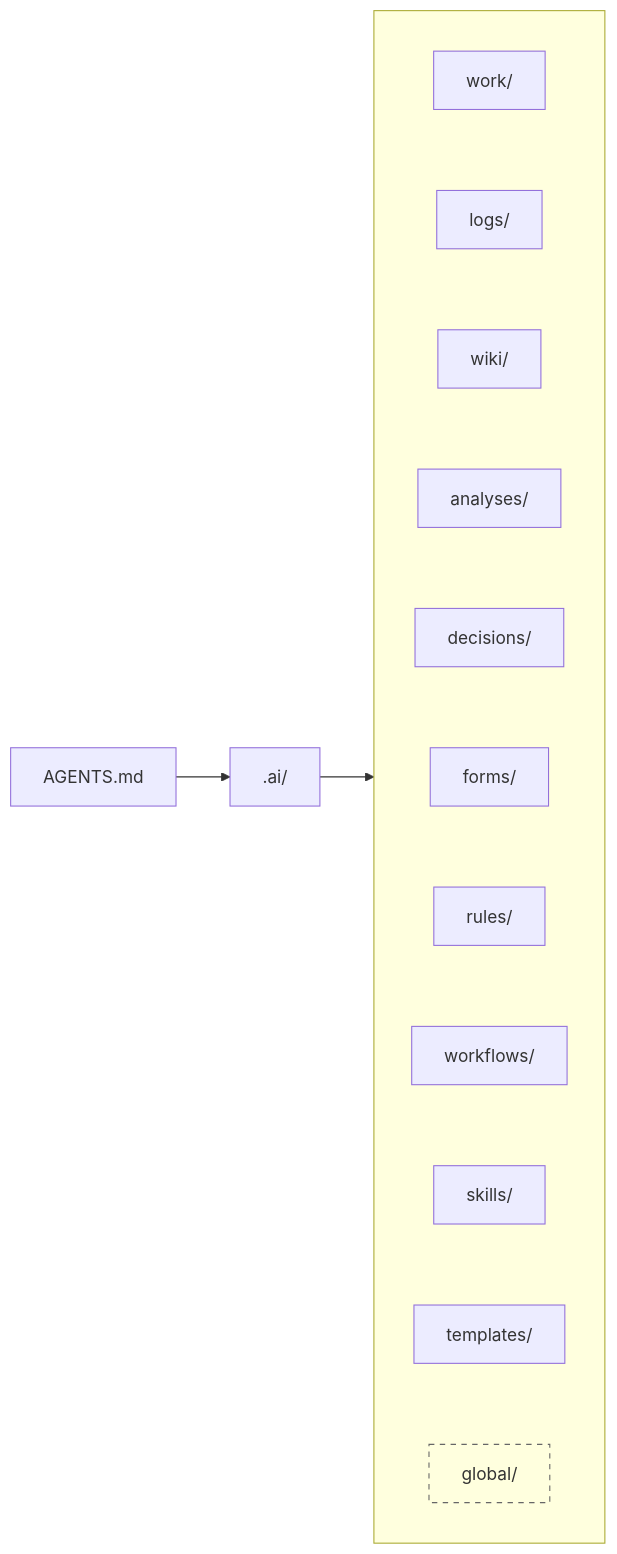
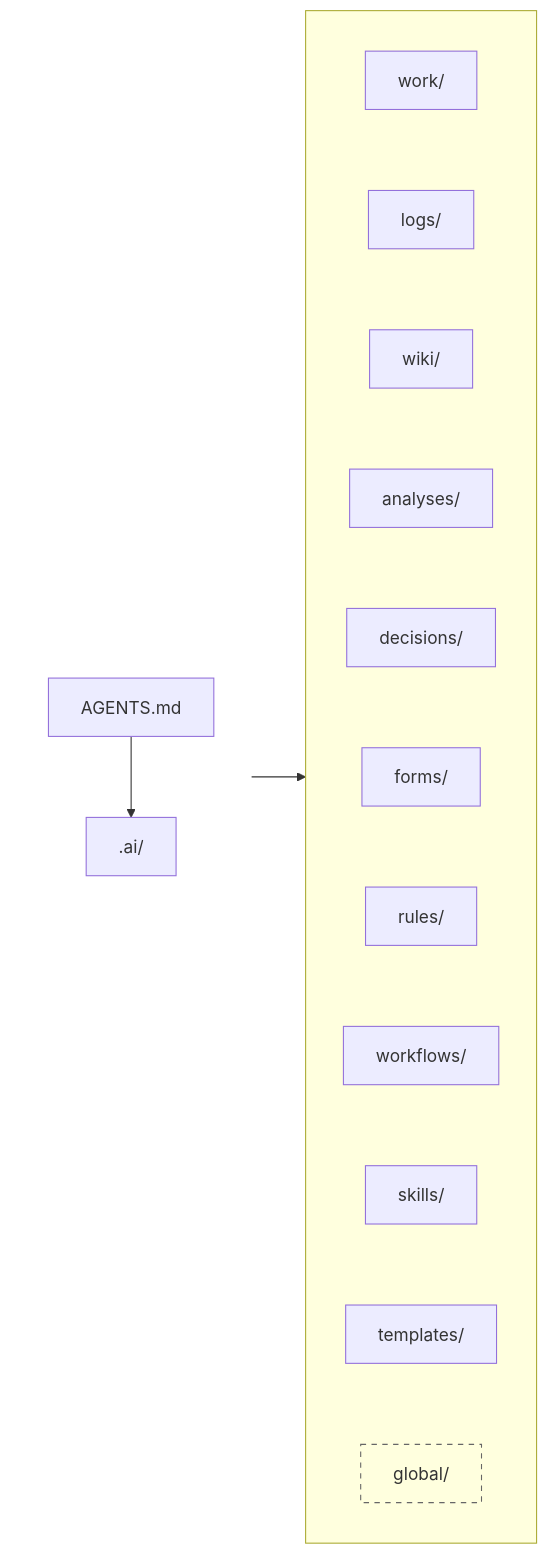
One commit to marcosrdac/gamk changed the first of 3 diagrams in README.md. Above: the diagram before and after it, drawn with Mermaid. The commit also changed 2 other files, not shown here.

Commit message:
docs: stack Mermaid entrypoints

````diff
--- a/README.md
+++ b/README.md
@@ -22,23 +22,28 @@
 ```mermaid
 flowchart LR
-    A["AGENTS.md"] --> M[".ai/"] --> MEMORY
+    subgraph ENTRY[" "]
+        direction TB
+        A["AGENTS.md"] --> M[".ai/"]
+    end
+    ENTRY --> MEMORY
 
     subgraph MEMORY[" "]
         direction TB
         W["work/"]
         L["logs/"]
         K["wiki/"]
         I["analyses/"]
         D["decisions/"]
         F["forms/"]
         R["rules/"]
         P["workflows/"]
         S["skills/"]
         T["templates/"]
         G["global/"]
 
         W ~~~ L ~~~ K ~~~ I ~~~ D ~~~ F ~~~ R ~~~ P ~~~ S ~~~ T ~~~ G
     end
 
+    style ENTRY fill:transparent,stroke:transparent
     style G fill:transparent,stroke:#666,stroke-dasharray: 5 5
 ```
````
